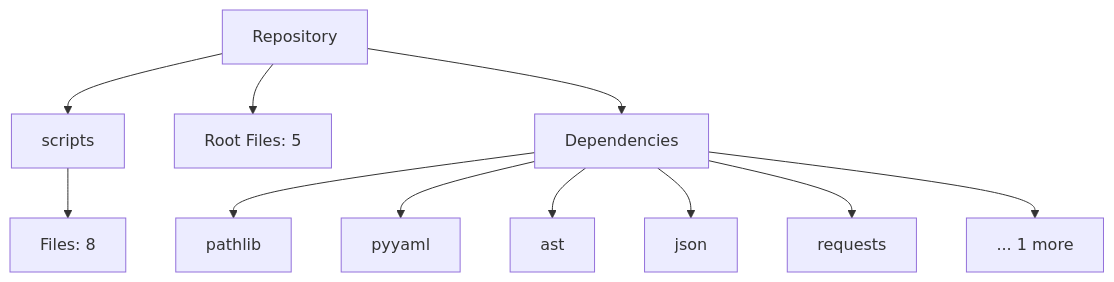
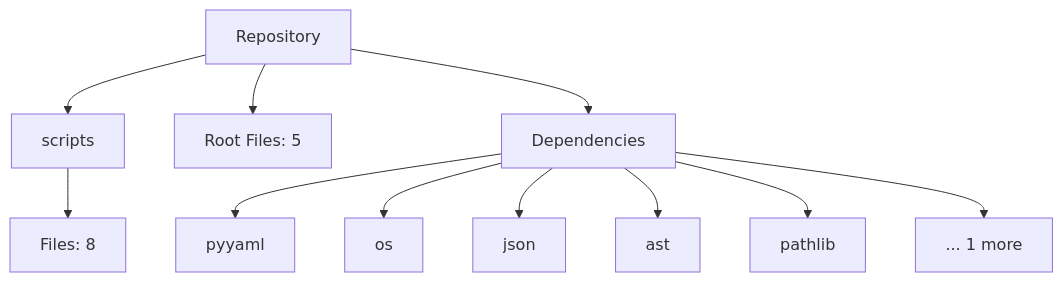
Before and after one commit to NITISH-R-G/Smart-Task-Tracker-macOS-Dark-Edition-: the diagram in README.md, drawn with Mermaid. The commit also changed 4 other files, not shown here.

Commit message:
docs(auto): Automatically update repository architecture and README

````diff
--- a/README.md
+++ b/README.md
@@ -17,15 +17,15 @@
 ```mermaid
 graph TD
     Root[Repository]
     Root --> scripts[scripts]
     scripts --> scripts_files[Files: 8]
     Root --> Root_files[Root Files: 5]
     Root --> Deps[Dependencies]
+    Deps --> pyyaml[pyyaml]
+    Deps --> os[os]
+    Deps --> json[json]
+    Deps --> ast[ast]
     Deps --> pathlib[pathlib]
-    Deps --> pyyaml[pyyaml]
-    Deps --> ast[ast]
-    Deps --> json[json]
-    Deps --> requests[requests]
     Deps --> MoreDeps[... 1 more]
 
 ```
````
